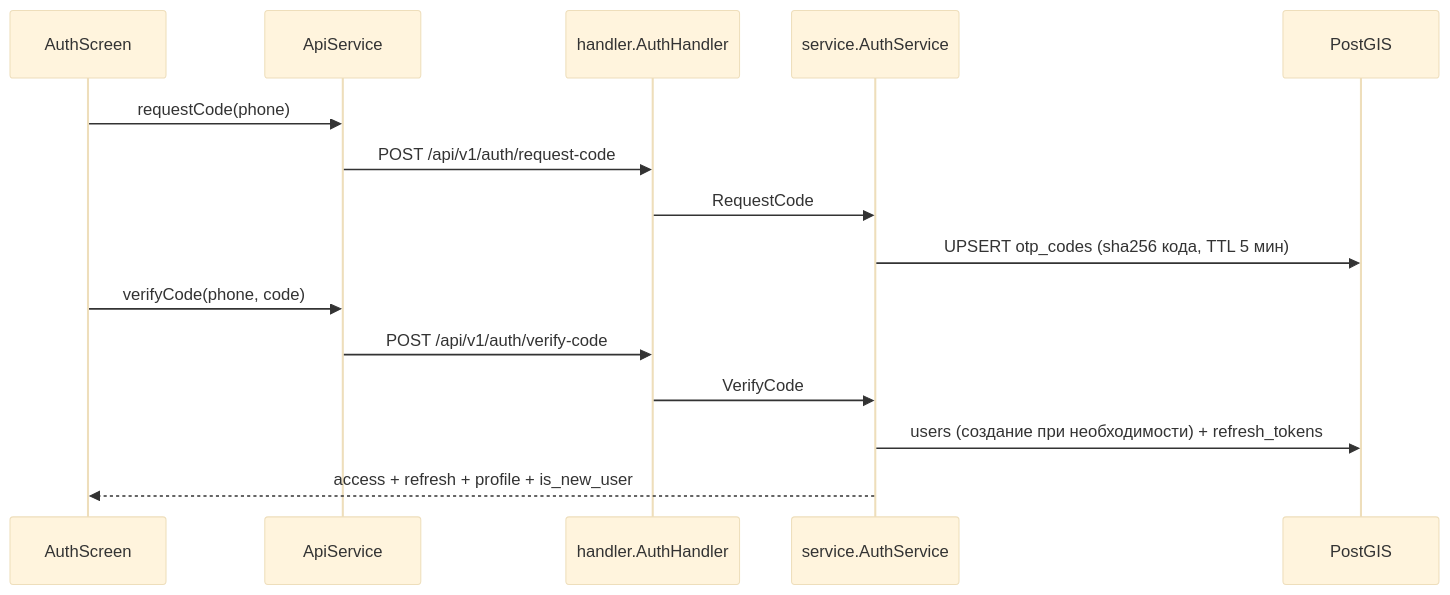
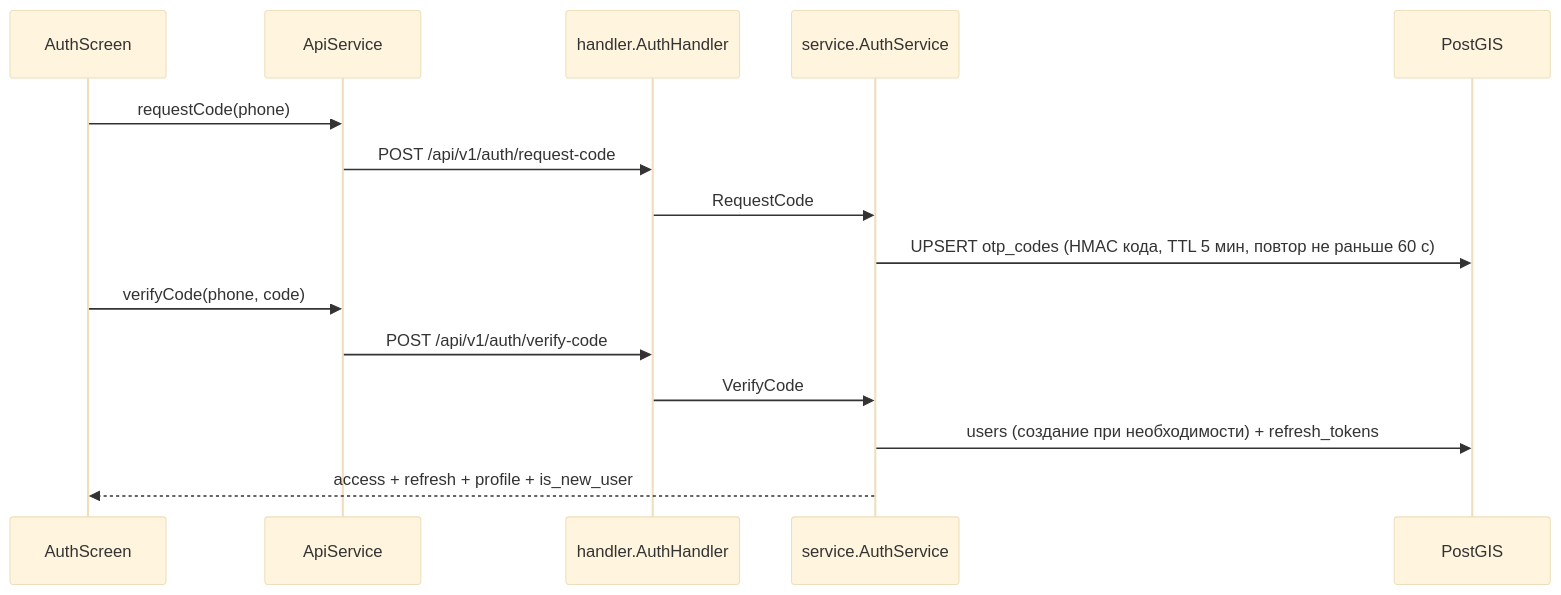
One commit to yanelle-dev/road-pulse changed the second of 2 diagrams in docs/ARCHITECTURE.md. Above: the diagram before and after it, drawn with Mermaid (base theme). The commit also changed other lines of this file and 41 other files, not shown here.

````diff
--- a/docs/ARCHITECTURE.md
+++ b/docs/ARCHITECTURE.md
@@ -45,18 +45,18 @@
 ```mermaid
 sequenceDiagram
   participant Screen as AuthScreen
   participant API as ApiService
   participant Auth as handler.AuthHandler
   participant Svc as service.AuthService
   participant DB as PostGIS
 
   Screen->>API: requestCode(phone)
   API->>Auth: POST /api/v1/auth/request-code
   Auth->>Svc: RequestCode
-  Svc->>DB: UPSERT otp_codes (sha256 кода, TTL 5 мин)
+  Svc->>DB: UPSERT otp_codes (HMAC кода, TTL 5 мин, повтор не раньше 60 с)
   Screen->>API: verifyCode(phone, code)
   API->>Auth: POST /api/v1/auth/verify-code
   Auth->>Svc: VerifyCode
   Svc->>DB: users (создание при необходимости) + refresh_tokens
   Svc-->>Screen: access + refresh + profile + is_new_user
 ```
````
